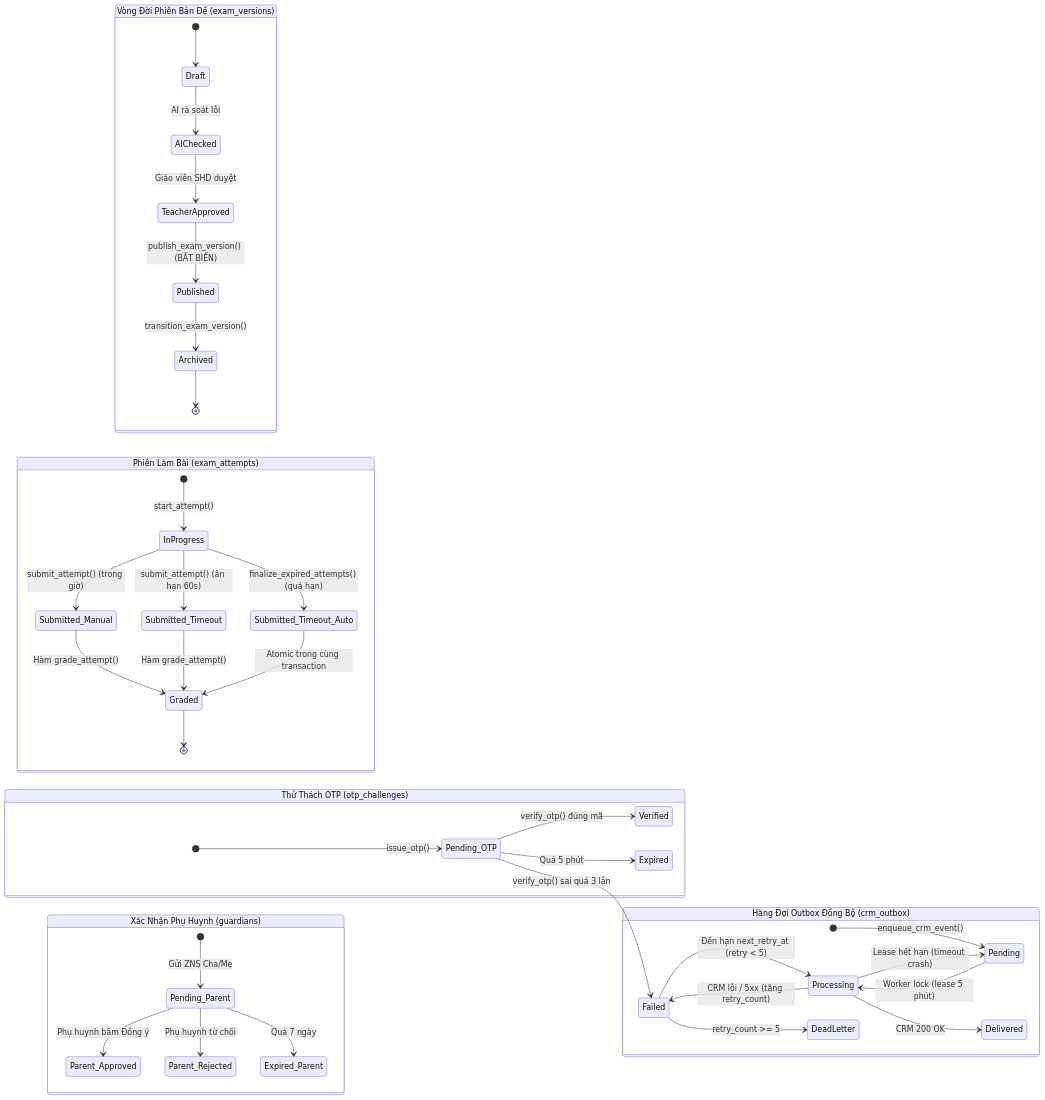
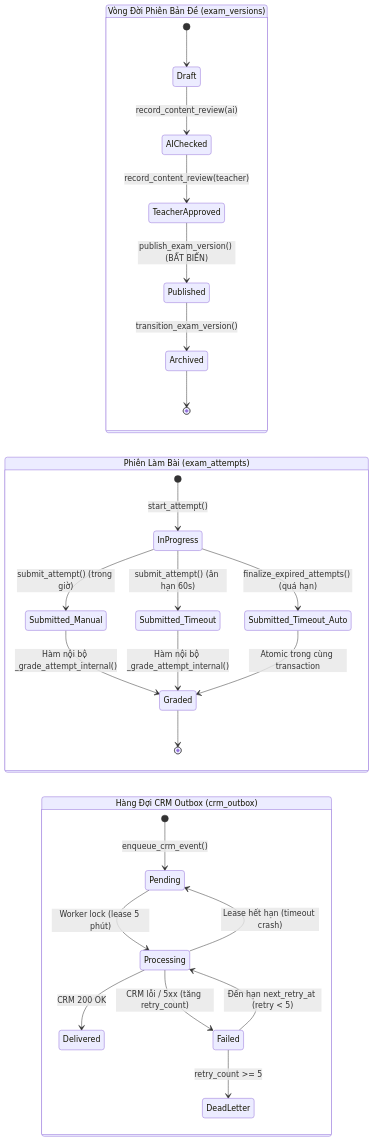
Before and after one commit to hoangthanhpro97/shd-tuhoctiengduc: the sixth of 6 diagrams in docs/architecture/02-data-model.md, drawn with Mermaid. The commit also changed other lines of this file, not shown here.

Commit message:
docs(architecture): upgrade data model to v1.5 with internal grading pipeline, staff pii restrictions, and expanded invariants

````diff
--- a/docs/architecture/02-data-model.md
+++ b/docs/architecture/02-data-model.md
@@ -890,48 +895,34 @@
 ```mermaid
 stateDiagram-v2
     direction LR
 
     state "Vòng Đời Phiên Bản Đề (exam_versions)" as SM_Exam {
         [*] --> Draft
-        Draft --> AIChecked : AI rà soát lỗi
-        AIChecked --> TeacherApproved : Giáo viên SHD duyệt
+        Draft --> AIChecked : record_content_review(ai)
+        AIChecked --> TeacherApproved : record_content_review(teacher)
         TeacherApproved --> Published : publish_exam_version() (BẤT BIẾN)
         Published --> Archived : transition_exam_version()
         Archived --> [*]
     }
 
     state "Phiên Làm Bài (exam_attempts)" as SM_Attempt {
         [*] --> InProgress : start_attempt()
         InProgress --> Submitted_Manual : submit_attempt() (trong giờ)
         InProgress --> Submitted_Timeout : submit_attempt() (ân hạn 60s)
         InProgress --> Submitted_Timeout_Auto : finalize_expired_attempts() (quá hạn)
-        Submitted_Manual --> Graded : Hàm grade_attempt()
-        Submitted_Timeout --> Graded : Hàm grade_attempt()
+        Submitted_Manual --> Graded : Hàm nội bộ _grade_attempt_internal()
+        Submitted_Timeout --> Graded : Hàm nội bộ _grade_attempt_internal()
         Submitted_Timeout_Auto --> Graded : Atomic trong cùng transaction
         Graded --> [*]
     }
 
-    state "Thử Thách OTP (otp_challenges)" as SM_OTP {
-        [*] --> Pending_OTP : issue_otp()
-        Pending_OTP --> Verified : verify_otp() đúng mã
-        Pending_OTP --> Expired : Quá 5 phút
-        Pending_OTP --> Failed : verify_otp() sai quá 3 lần
-    }
-
-    state "Xác Nhận Phụ Huynh (guardians)" as SM_Guardian {
-        [*] --> Pending_Parent : Gửi ZNS Cha/Mẹ
-        Pending_Parent --> Parent_Approved : Phụ huynh bấm Đồng ý
-        Pending_Parent --> Parent_Rejected : Phụ huynh từ chối
-        Pending_Parent --> Expired_Parent : Quá 7 ngày
-    }
-
-    state "Hàng Đợi Outbox Đồng Bộ (crm_outbox)" as SM_Outbox {
+    state "Hàng Đợi CRM Outbox (crm_outbox)" as SM_Outbox {
         [*] --> Pending : enqueue_crm_event()
         Pending --> Processing : Worker lock (lease 5 phút)
         Processing --> Delivered : CRM 200 OK
         Processing --> Pending : Lease hết hạn (timeout crash)
         Processing --> Failed : CRM lỗi / 5xx (tăng retry_count)
         Failed --> Processing : Đến hạn next_retry_at (retry < 5)
         Failed --> DeadLetter : retry_count >= 5
     }
 ```
````
